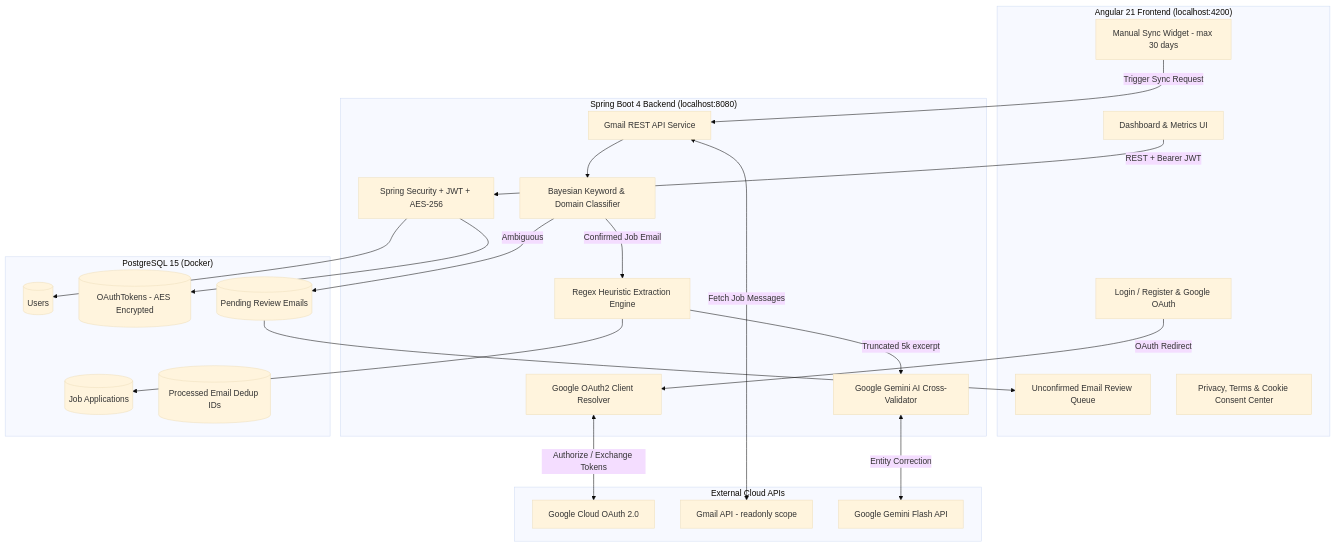
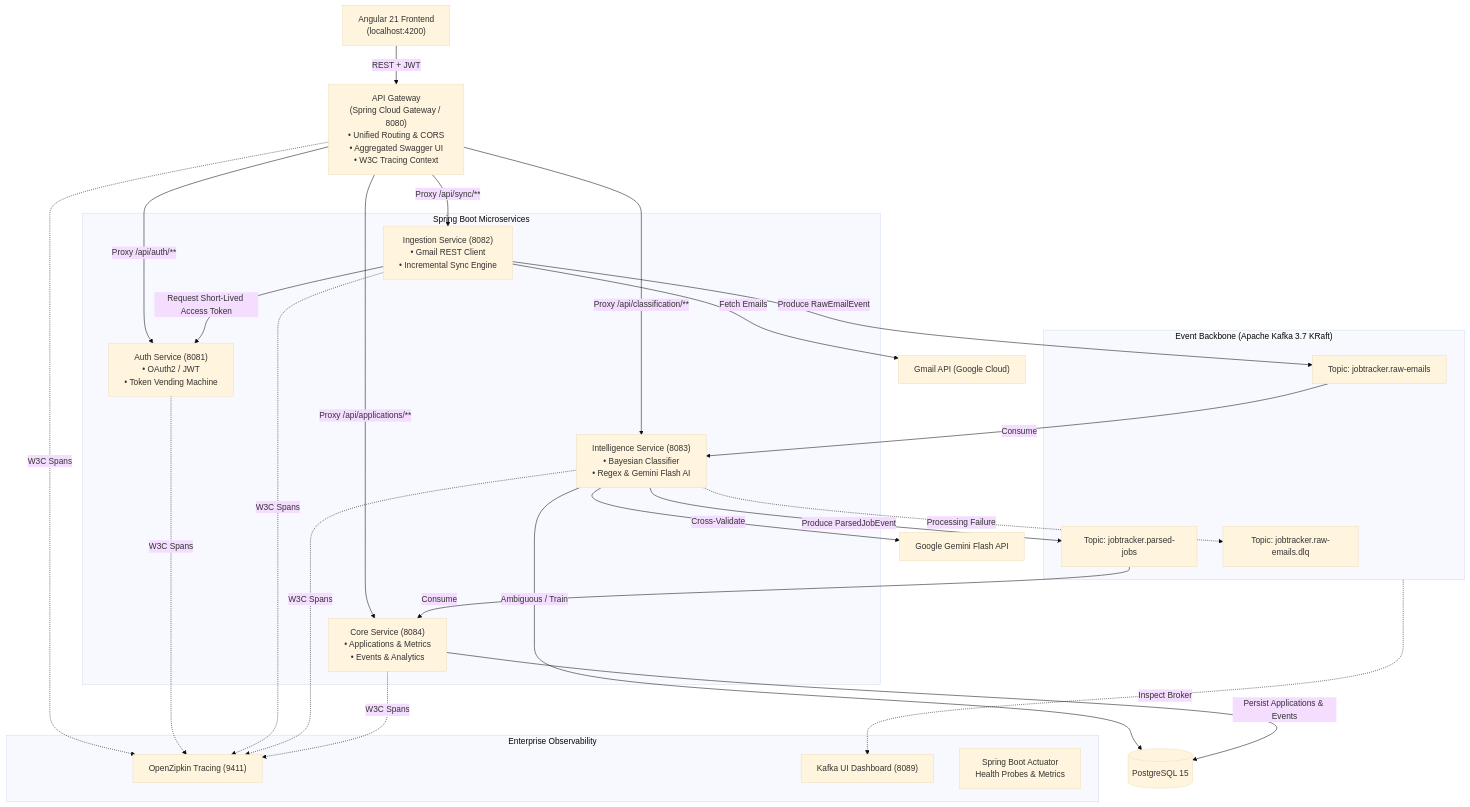
The diagram in README.md (Aditya4114/Tracker), drawn with Mermaid (base theme) before and after one commit. The commit also changed other lines of this file and 112 other files, not shown here.

````diff
--- a/README.md
+++ b/README.md
@@ -17,48 +22,50 @@
 ```mermaid
 graph TD
-    subgraph Frontend ["Angular 21 Frontend (localhost:4200)"]
-        UI[Dashboard & Metrics UI]
-        AuthUI[Login / Register & Google OAuth]
-        SyncUI[Manual Sync Widget - max 30 days]
-        SafetyNetUI[Unconfirmed Email Review Queue]
-        LegalUI[Privacy, Terms & Cookie Consent Center]
+    Client["Angular 21 Frontend\n(localhost:4200)"]
+    Gateway["API Gateway\n(Spring Cloud Gateway / 8080)\n• Unified Routing & CORS\n• Aggregated Swagger UI\n• W3C Tracing Context"]
+
+    subgraph Microservices ["Spring Boot Microservices"]
+        Auth["Auth Service (8081)\n• OAuth2 / JWT\n• Token Vending Machine"]
+        Ingestion["Ingestion Service (8082)\n• Gmail REST Client\n• Incremental Sync Engine"]
+        Intelligence["Intelligence Service (8083)\n• Bayesian Classifier\n• Regex & Gemini Flash AI"]
+        Core["Core Service (8084)\n• Applications & Metrics\n• Events & Analytics"]
     end
 
-    subgraph Backend ["Spring Boot 4 Backend (localhost:8080)"]
-        Security[Spring Security + JWT + AES-256]
-        OAuthHandler[Google OAuth2 Client Resolver]
-        GmailSvc[Gmail REST API Service]
-        Classifier[Bayesian Keyword & Domain Classifier]
-        Parser[Regex Heuristic Extraction Engine]
-        GeminiClient[Google Gemini AI Cross-Validator]
+    subgraph EventStream ["Event Backbone (Apache Kafka 3.7 KRaft)"]
+        RawTopic["Topic: jobtracker.raw-emails"]
+        ParsedTopic["Topic: jobtracker.parsed-jobs"]
+        DLQ["Topic: jobtracker.raw-emails.dlq"]
     end
 
-    subgraph Database ["PostgreSQL 15 (Docker)"]
-        Users[(Users)]
-        Tokens[(OAuthTokens - AES Encrypted)]
-        Applications[(Job Applications)]
-        ReviewQueue[(Pending Review Emails)]
-        Processed[(Processed Email Dedup IDs)]
+    subgraph Observability ["Enterprise Observability"]
+        Zipkin["OpenZipkin Tracing (9411)"]
+        KafkaUI["Kafka UI Dashboard (8089)"]
+        Actuator["Spring Boot Actuator\nHealth Probes & Metrics"]
     end
 
-    subgraph External ["External Cloud APIs"]
-        GCP[Google Cloud OAuth 2.0]
-        GmailAPI[Gmail API - readonly scope]
-        GeminiAPI[Google Gemini Flash API]
-    end
+    DB[(PostgreSQL 15)]
+    GmailAPI["Gmail API (Google Cloud)"]
+    GeminiAPI["Google Gemini Flash API"]
 
-    UI -->|REST + Bearer JWT| Security
-    AuthUI -->|OAuth Redirect| OAuthHandler
-    OAuthHandler <-->|Authorize / Exchange Tokens| GCP
-    SyncUI -->|Trigger Sync Request| GmailSvc
-    GmailSvc <-->|Fetch Job Messages| GmailAPI
-    GmailSvc --> Classifier
-    Classifier -->|Ambiguous| ReviewQueue
-    Classifier -->|Confirmed Job Email| Parser
-    Parser -->|Truncated 5k excerpt| GeminiClient
-    GeminiClient <-->|Entity Correction| GeminiAPI
-    Parser --> Applications
-    Security --> Users
-    Security --> Tokens
-    ReviewQueue --> SafetyNetUI
+    Client -->|REST + JWT| Gateway
+    Gateway -->|Proxy /api/auth/**| Auth
+    Gateway -->|Proxy /api/sync/**| Ingestion
+    Gateway -->|Proxy /api/classification/**| Intelligence
+    Gateway -->|Proxy /api/applications/**| Core
+
+    Ingestion -->|Request Short-Lived Access Token| Auth
+    Ingestion -->|Fetch Emails| GmailAPI
+    Ingestion -->|Produce RawEmailEvent| RawTopic
+
+    RawTopic -->|Consume| Intelligence
+    Intelligence -->|Ambiguous / Train| DB
+    Intelligence -->|Cross-Validate| GeminiAPI
+    Intelligence -->|Produce ParsedJobEvent| ParsedTopic
+    Intelligence -.->|Processing Failure| DLQ
+
+    ParsedTopic -->|Consume| Core
+    Core -->|Persist Applications & Events| DB
+
+    Gateway & Auth & Ingestion & Intelligence & Core -.->|W3C Spans| Zipkin
+    EventStream -.->|Inspect Broker| KafkaUI
 ```
````
